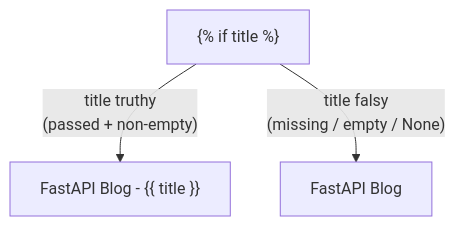
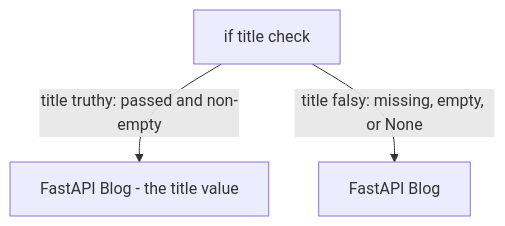
The diagram in docs/04-jinja2-conditionals.md (Pratik23G/fast-api-learn), drawn with Mermaid before and after one commit. The commit also changed 3 other files, not shown here.

````diff
--- a/docs/04-jinja2-conditionals.md
+++ b/docs/04-jinja2-conditionals.md
@@ -20,5 +20,5 @@
 ```mermaid
 flowchart TD
-    Start["{% if title %}"] -->|"title truthy\n(passed + non-empty)"| A["FastAPI Blog - {{ title }}"]
-    Start -->|"title falsy\n(missing / empty / None)"| B["FastAPI Blog"]
+    Start[if title check] -->|title truthy: passed and non-empty| A[FastAPI Blog - the title value]
+    Start -->|title falsy: missing, empty, or None| B[FastAPI Blog]
 ```
````
